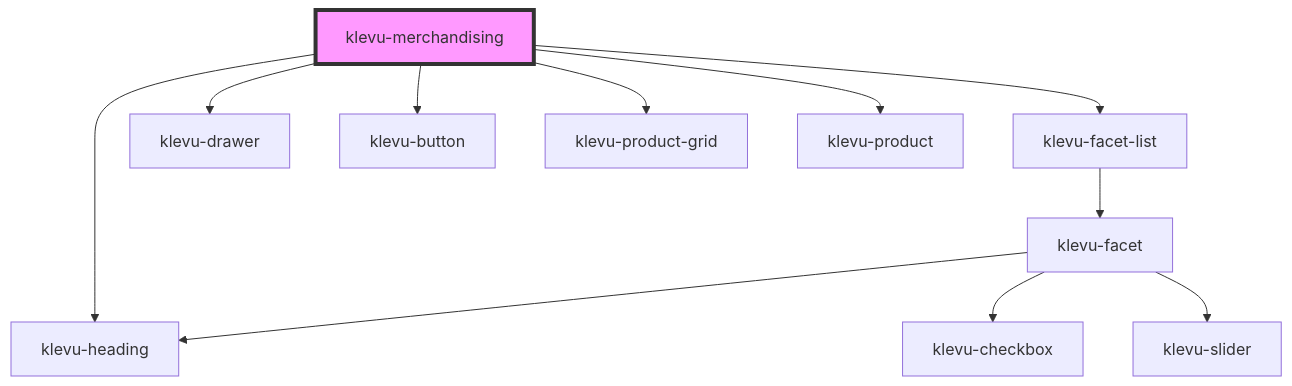
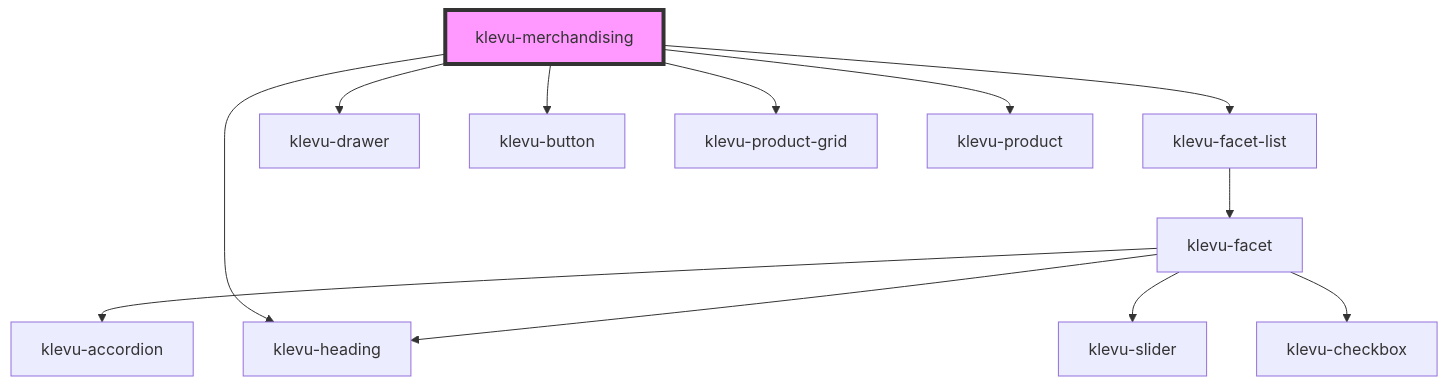
Before and after one commit to klevultd/frontend-sdk: the diagram in packages/klevu-ui/src/components/klevu-merchandising/readme.md, drawn with Mermaid. The commit also changed 18 other files, not shown here.

````diff
--- a/packages/klevu-ui/src/components/klevu-merchandising/readme.md
+++ b/packages/klevu-ui/src/components/klevu-merchandising/readme.md
@@ -33,14 +33,15 @@
 ```mermaid
 graph TD;
   klevu-merchandising --> klevu-facet-list
   klevu-merchandising --> klevu-heading
   klevu-merchandising --> klevu-drawer
   klevu-merchandising --> klevu-button
   klevu-merchandising --> klevu-product-grid
   klevu-merchandising --> klevu-product
   klevu-facet-list --> klevu-facet
+  klevu-facet --> klevu-accordion
   klevu-facet --> klevu-heading
+  klevu-facet --> klevu-slider
   klevu-facet --> klevu-checkbox
-  klevu-facet --> klevu-slider
   style klevu-merchandising fill:#f9f,stroke:#333,stroke-width:4px
 ```
````
